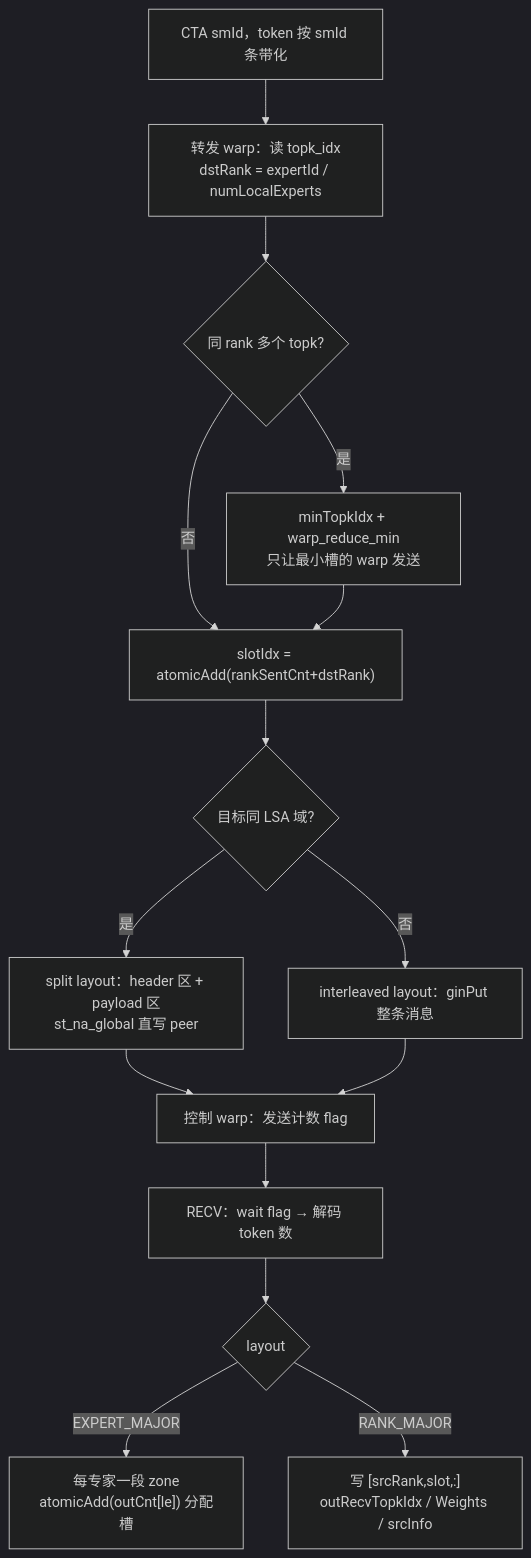
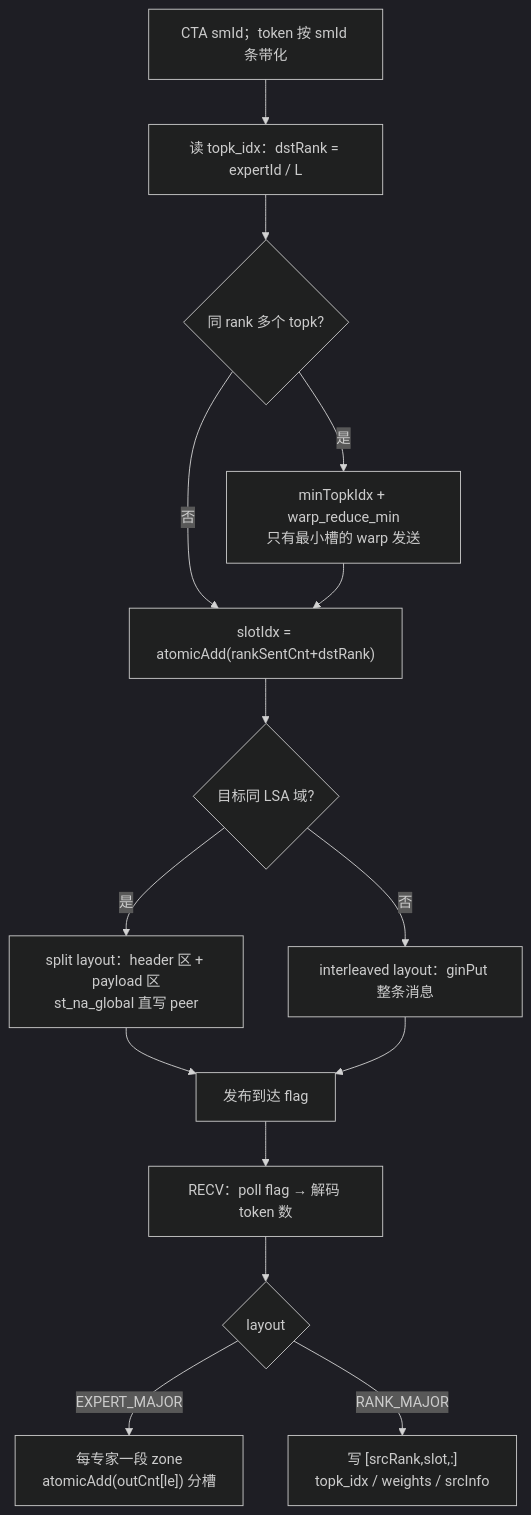
One commit to s0okiym/nccl-extensions changed the sixth of 9 diagrams in nccl_ep/docs/design_overview.md. Above: the diagram before and after it, drawn with Mermaid (dark theme). The commit also changed other lines of this file, not shown here.

````diff
--- a/nccl_ep/docs/design_overview.md
+++ b/nccl_ep/docs/design_overview.md
@@ -297,17 +247,17 @@
 ```mermaid
 flowchart TD
-  A["CTA smId，token 按 smId 条带化"] --> B["转发 warp：读 topk_idx<br/>dstRank = expertId / numLocalExperts"]
+  A["CTA smId；token 按 smId 条带化"] --> B["读 topk_idx：dstRank = expertId / L"]
   B --> C{"同 rank 多个 topk?"}
-  C -->|是| D["minTopkIdx + warp_reduce_min<br/>只让最小槽的 warp 发送"]
+  C -->|是| D["minTopkIdx + warp_reduce_min<br/>只有最小槽的 warp 发送"]
   C -->|否| E["slotIdx = atomicAdd(rankSentCnt+dstRank)"]
   D --> E
   E --> F{"目标同 LSA 域?"}
   F -->|是| G["split layout：header 区 + payload 区<br/>st_na_global 直写 peer"]
   F -->|否| H["interleaved layout：ginPut 整条消息"]
-  G --> I["控制 warp：发送计数 flag"]
+  G --> I["发布到达 flag"]
   H --> I
-  I --> J["RECV：wait flag → 解码 token 数"]
+  I --> J["RECV：poll flag → 解码 token 数"]
   J --> K{"layout"}
-  K -->|EXPERT_MAJOR| L["每专家一段 zone<br/>atomicAdd(outCnt[le]) 分配槽"]
-  K -->|RANK_MAJOR| M["写 [srcRank,slot,:]<br/>outRecvTopkIdx / Weights / srcInfo"]
+  K -->|EXPERT_MAJOR| L["每专家一段 zone<br/>atomicAdd(outCnt[le]) 分槽"]
+  K -->|RANK_MAJOR| M["写 [srcRank,slot,:]<br/>topk_idx / weights / srcInfo"]
 ```
````
